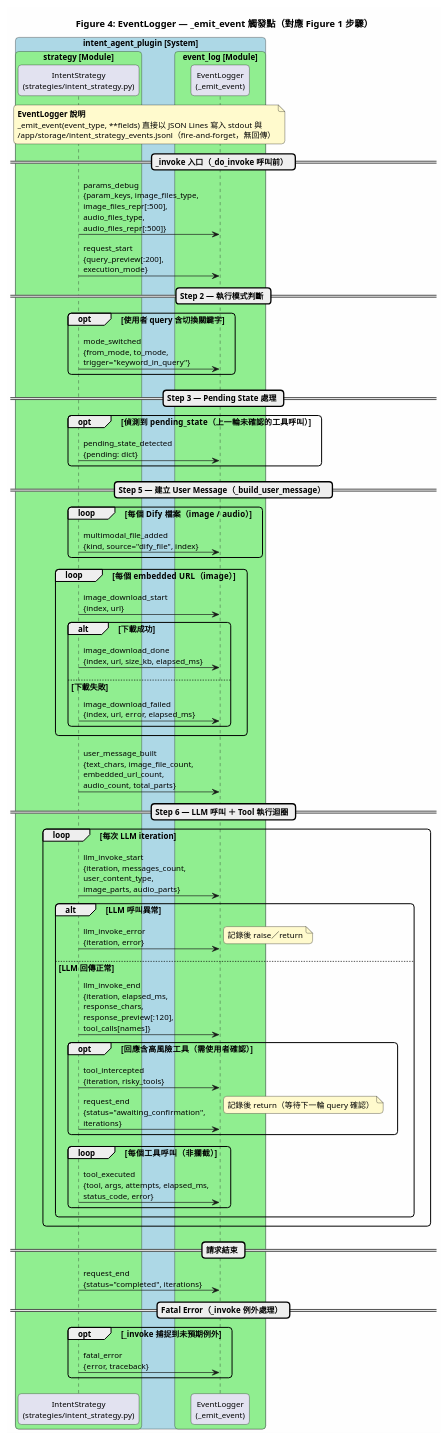
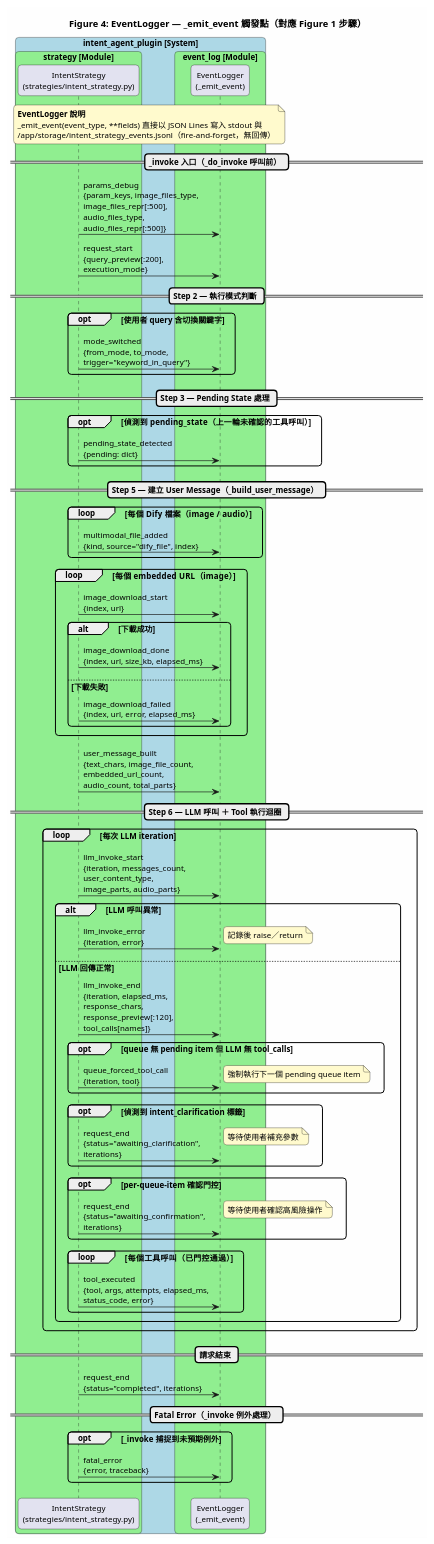
Before and after one commit to cai-yihua/ITRI-Intent-Based: the diagram in dify-version/v5.0/intent-agent/_assets/sequence_events.puml, drawn with PlantUML. The commit also changed 9 other files, not shown here.

First line of the commit message:
feat: Integrate multimodal audio/image flow into intent-agent plugin

```diff
--- a/dify-version/v5.0/intent-agent/_assets/sequence_events.puml
+++ b/dify-version/v5.0/intent-agent/_assets/sequence_events.puml
@@ -1,94 +1,103 @@
 @startuml
 ' Figure 4: EventLogger — _emit_event 觸發點全覽
 !pragma teoz true
 title Figure 4: EventLogger — _emit_event 觸發點（對應 Figure 1 步驟）
 skinparam backgroundColor #fefefe
 skinparam roundcorner 10
 skinparam DefaultFontSize 12
 skinparam DefaultFontName Arial
 skinparam maxMessageSize 220
 skinparam NoteBackgroundColor #fffacd
 
 box "intent_agent_plugin [System]" #LightBlue
     box "strategy [Module]" #LightGreen
         participant IntentStrategy as "IntentStrategy\n(strategies/intent_strategy.py)"
     end box
     box "event_log [Module]" #LightGreen
         participant EventLogger as "EventLogger\n(_emit_event)"
     end box
 end box
 
 note over IntentStrategy, EventLogger
   **EventLogger 說明**
   _emit_event(event_type, **fields) 直接以 JSON Lines 寫入 stdout 與
   /app/storage/intent_strategy_events.jsonl（fire-and-forget，無回傳）
 end note
 
 == _invoke 入口（_do_invoke 呼叫前） ==
 
 IntentStrategy -> EventLogger: params_debug\n{param_keys, image_files_type, image_files_repr[:500],\naudio_files_type, audio_files_repr[:500]}
 IntentStrategy -> EventLogger: request_start\n{query_preview[:200], execution_mode}
 
 == Step 2 — 執行模式判斷 ==
 
 opt 使用者 query 含切換關鍵字
     IntentStrategy -> EventLogger: mode_switched\n{from_mode, to_mode, trigger="keyword_in_query"}
 end
 
 == Step 3 — Pending State 處理 ==
 
 opt 偵測到 pending_state（上一輪未確認的工具呼叫）
     IntentStrategy -> EventLogger: pending_state_detected\n{pending: dict}
 end
 
 == Step 5 — 建立 User Message（_build_user_message） ==
 
 loop 每個 Dify 檔案（image / audio）
     IntentStrategy -> EventLogger: multimodal_file_added\n{kind, source="dify_file", index}
 end
 
 loop 每個 embedded URL（image）
     IntentStrategy -> EventLogger: image_download_start\n{index, url}
     alt 下載成功
         IntentStrategy -> EventLogger: image_download_done\n{index, url, size_kb, elapsed_ms}
     else 下載失敗
         IntentStrategy -> EventLogger: image_download_failed\n{index, url, error, elapsed_ms}
     end
 end
 
 IntentStrategy -> EventLogger: user_message_built\n{text_chars, image_file_count, embedded_url_count,\naudio_count, total_parts}
 
 == Step 6 — LLM 呼叫 ＋ Tool 執行迴圈 ==
 
 loop 每次 LLM iteration
     IntentStrategy -> EventLogger: llm_invoke_start\n{iteration, messages_count, user_content_type,\nimage_parts, audio_parts}
 
     alt LLM 呼叫異常
         IntentStrategy -> EventLogger: llm_invoke_error\n{iteration, error}
         note right: 記錄後 raise／return
     else LLM 回傳正常
         IntentStrategy -> EventLogger: llm_invoke_end\n{iteration, elapsed_ms, response_chars,\nresponse_preview[:120], tool_calls[names]}
 
-        opt 回應含高風險工具（需使用者確認）
-            IntentStrategy -> EventLogger: tool_intercepted\n{iteration, risky_tools}
-            IntentStrategy -> EventLogger: request_end\n{status="awaiting_confirmation", iterations}
-            note right: 記錄後 return（等待下一輪 query 確認）
+        opt queue 無 pending item 但 LLM 無 tool_calls
+            IntentStrategy -> EventLogger: queue_forced_tool_call\n{iteration, tool}
+            note right: 強制執行下一個 pending queue item
+        end
+        
+        opt 偵測到 intent_clarification 標籤
+            IntentStrategy -> EventLogger: request_end\n{status="awaiting_clarification", iterations}
+            note right: 等待使用者補充參數
         end
 
-        loop 每個工具呼叫（非攔截）
+        opt per-queue-item 確認門控
+            IntentStrategy -> EventLogger: request_end\n{status="awaiting_confirmation", iterations}
+            note right: 等待使用者確認高風險操作
+        end
+
+        loop 每個工具呼叫（已門控通過）
             IntentStrategy -> EventLogger: tool_executed\n{tool, args, attempts, elapsed_ms,\nstatus_code, error}
         end
     end
 end
 
 == 請求結束 ==
 
 IntentStrategy -> EventLogger: request_end\n{status="completed", iterations}
 
 == Fatal Error（_invoke 例外處理） ==
 
 opt _invoke 捕捉到未預期例外
     IntentStrategy -> EventLogger: fatal_error\n{error, traceback}
 end
 
 @enduml
```
